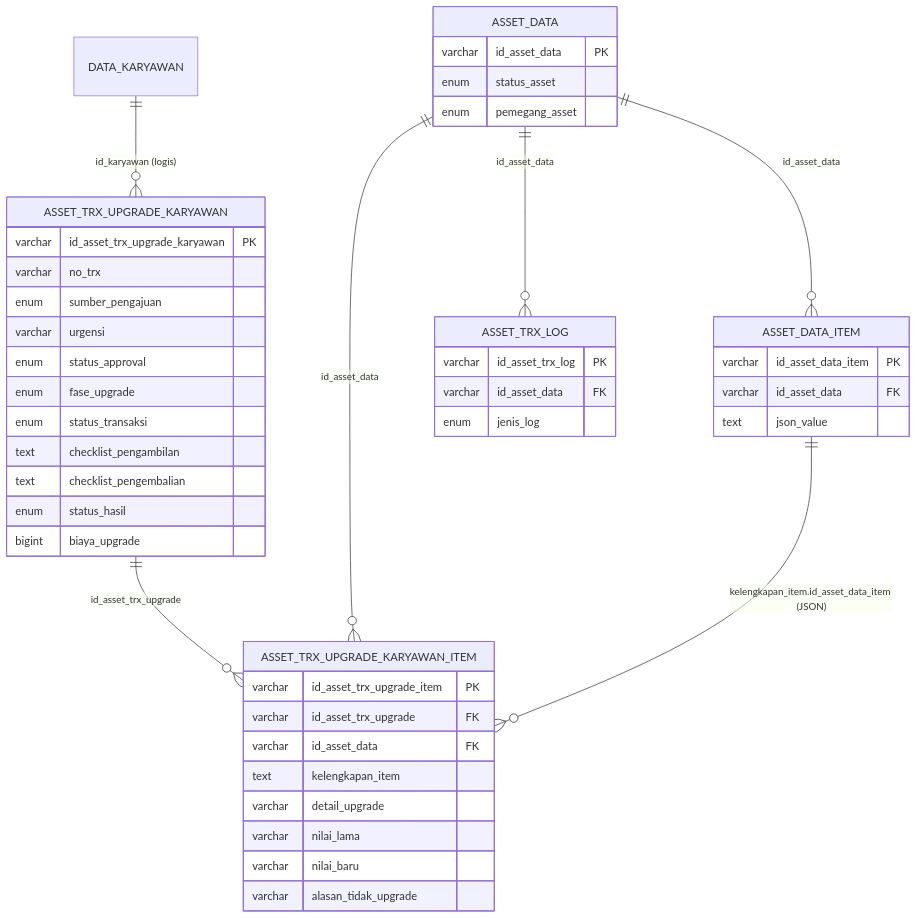
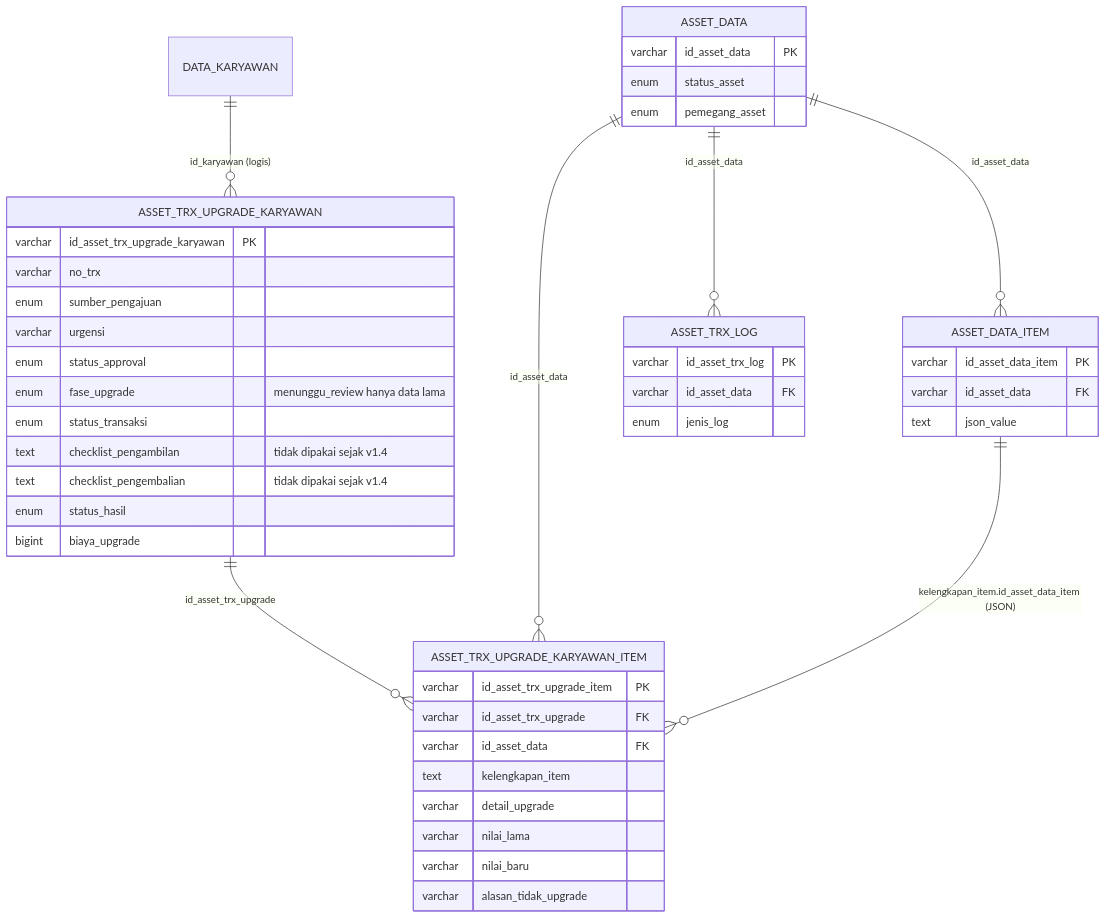
The fourth of 4 diagrams in dokumentasi-asset-upgrade-karyawan.md (setiyawan12/DOKUMENTASI-ASSET), drawn with Mermaid before and after one commit. The commit also changed other lines of this file and 6 other files, not shown here.

````diff
--- a/dokumentasi-asset-upgrade-karyawan.md
+++ b/dokumentasi-asset-upgrade-karyawan.md
@@ -370,48 +376,48 @@
 ```mermaid
 erDiagram
     ASSET_TRX_UPGRADE_KARYAWAN ||--o{ ASSET_TRX_UPGRADE_KARYAWAN_ITEM : "id_asset_trx_upgrade"
     ASSET_DATA ||--o{ ASSET_TRX_UPGRADE_KARYAWAN_ITEM : "id_asset_data"
     ASSET_DATA ||--o{ ASSET_DATA_ITEM : "id_asset_data"
     ASSET_DATA_ITEM ||--o{ ASSET_TRX_UPGRADE_KARYAWAN_ITEM : "kelengkapan_item.id_asset_data_item (JSON)"
     DATA_KARYAWAN ||--o{ ASSET_TRX_UPGRADE_KARYAWAN : "id_karyawan (logis)"
     ASSET_DATA ||--o{ ASSET_TRX_LOG : "id_asset_data"
 
     ASSET_TRX_UPGRADE_KARYAWAN {
         varchar id_asset_trx_upgrade_karyawan PK
         varchar no_trx
         enum sumber_pengajuan
         varchar urgensi
         enum status_approval
-        enum fase_upgrade
+        enum fase_upgrade "menunggu_review hanya data lama"
         enum status_transaksi
-        text checklist_pengambilan
-        text checklist_pengembalian
+        text checklist_pengambilan "tidak dipakai sejak v1.4"
+        text checklist_pengembalian "tidak dipakai sejak v1.4"
         enum status_hasil
         bigint biaya_upgrade
     }
     ASSET_TRX_UPGRADE_KARYAWAN_ITEM {
         varchar id_asset_trx_upgrade_item PK
         varchar id_asset_trx_upgrade FK
         varchar id_asset_data FK
         text kelengkapan_item
         varchar detail_upgrade
         varchar nilai_lama
         varchar nilai_baru
         varchar alasan_tidak_upgrade
     }
     ASSET_DATA {
         varchar id_asset_data PK
         enum status_asset
         enum pemegang_asset
     }
     ASSET_DATA_ITEM {
         varchar id_asset_data_item PK
         varchar id_asset_data FK
         text json_value
     }
     ASSET_TRX_LOG {
         varchar id_asset_trx_log PK
         varchar id_asset_data FK
         enum jenis_log
     }
 ```
````
